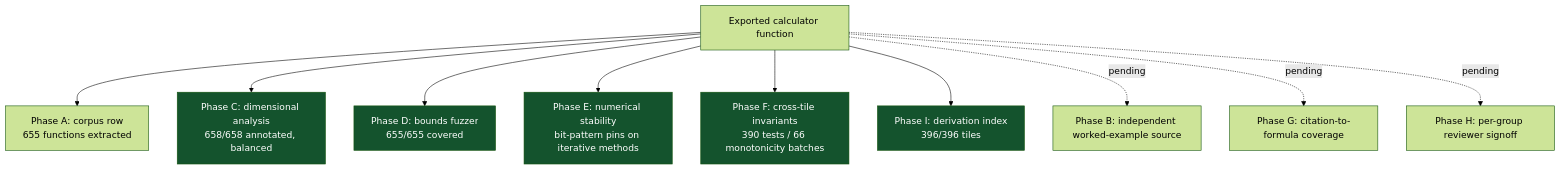
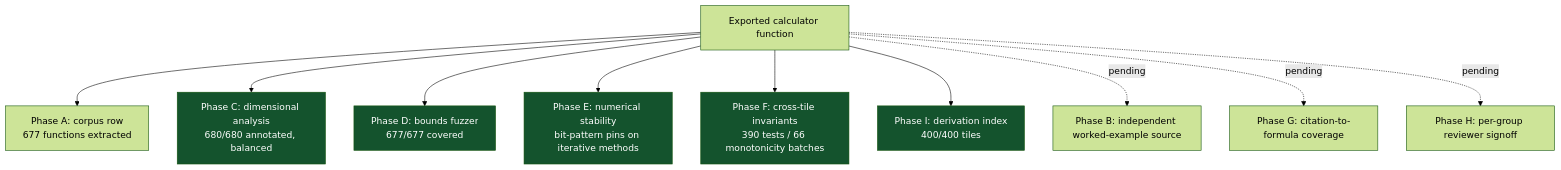
The fourth of 5 diagrams in README.md (clay-good/roughlogic.com), drawn with Mermaid (forest theme) before and after one commit. The commit also changed other lines of this file and 21 other files, not shown here.

````diff
--- a/README.md
+++ b/README.md
@@ -204,17 +204,17 @@
 ```mermaid
 flowchart TB
-    F[Exported calculator function] --> A[Phase A: corpus row\n655 functions extracted]
-    F --> C[Phase C: dimensional analysis\n658/658 annotated, balanced]
-    F --> D[Phase D: bounds fuzzer\n655/655 covered]
+    F[Exported calculator function] --> A[Phase A: corpus row\n677 functions extracted]
+    F --> C[Phase C: dimensional analysis\n680/680 annotated, balanced]
+    F --> D[Phase D: bounds fuzzer\n677/677 covered]
     F --> E[Phase E: numerical stability\nbit-pattern pins on iterative methods]
     F --> Fa[Phase F: cross-tile invariants\n390 tests / 66 monotonicity batches]
-    F --> I[Phase I: derivation index\n396/396 tiles]
+    F --> I[Phase I: derivation index\n400/400 tiles]
     F -.pending.-> B[Phase B: independent worked-example source]
     F -.pending.-> G[Phase G: citation-to-formula coverage]
     F -.pending.-> H[Phase H: per-group reviewer signoff]
     style C fill:#14532d,color:#fff
     style D fill:#14532d,color:#fff
     style E fill:#14532d,color:#fff
     style Fa fill:#14532d,color:#fff
     style I fill:#14532d,color:#fff
 ```
````
